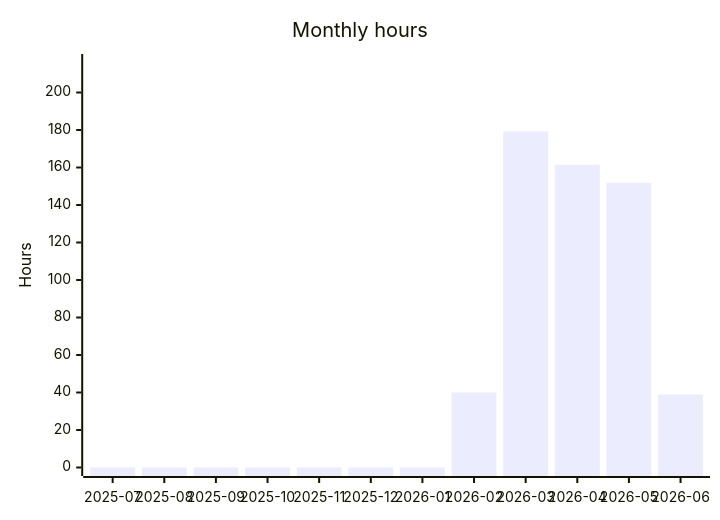
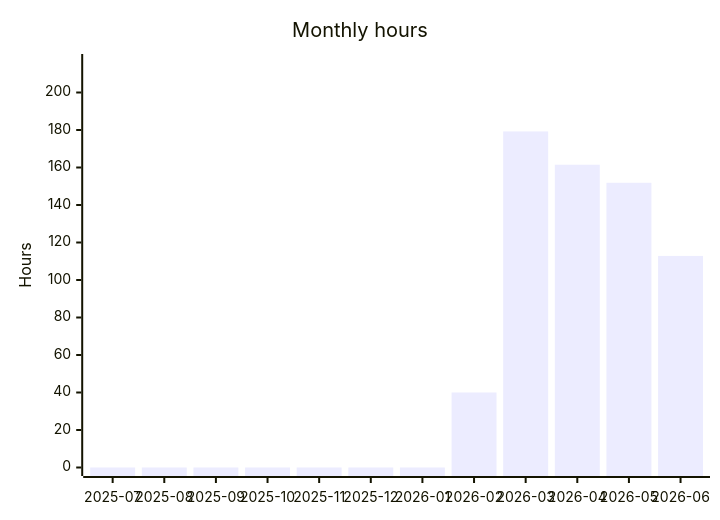
One commit to albinforsberg-netizen/timeclock changed the fourth of 5 diagrams in README.org. Above: the diagram before and after it, drawn with Mermaid. The commit also changed other lines of this file, not shown here.

```diff
--- a/README.org
+++ b/README.org
@@ -116,7 +116,7 @@
 #+begin_src mermaid
 xychart-beta
     title "Monthly hours"
     x-axis ["2025-07", "2025-08", "2025-09", "2025-10", "2025-11", "2025-12", "2026-01", "2026-02", "2026-03", "2026-04", "2026-05", "2026-06"]
     y-axis "Hours" 0 --> 216
-    bar [0.00, 0.00, 0.00, 0.00, 0.00, 0.00, 0.00, 40.00, 179.23, 161.48, 151.86, 38.93]
+    bar [0.00, 0.00, 0.00, 0.00, 0.00, 0.00, 0.00, 40.00, 179.23, 161.48, 151.86, 112.85]
 #+end_src
```
